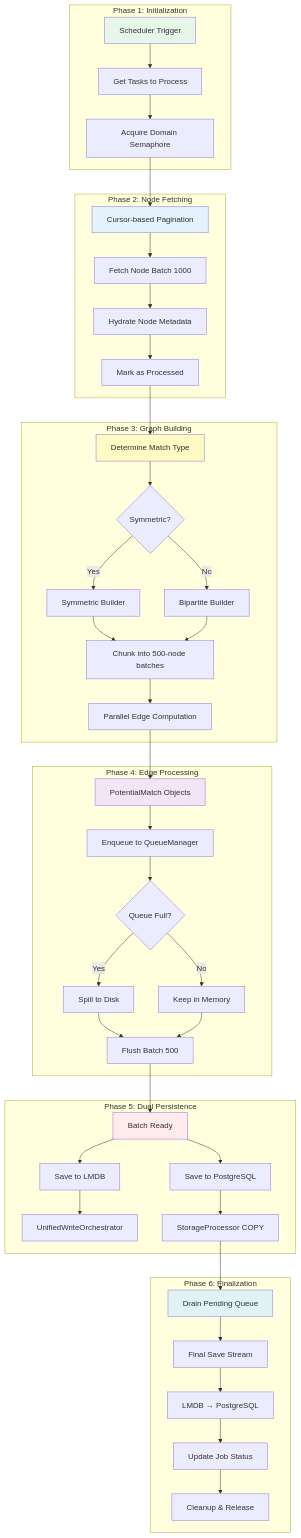
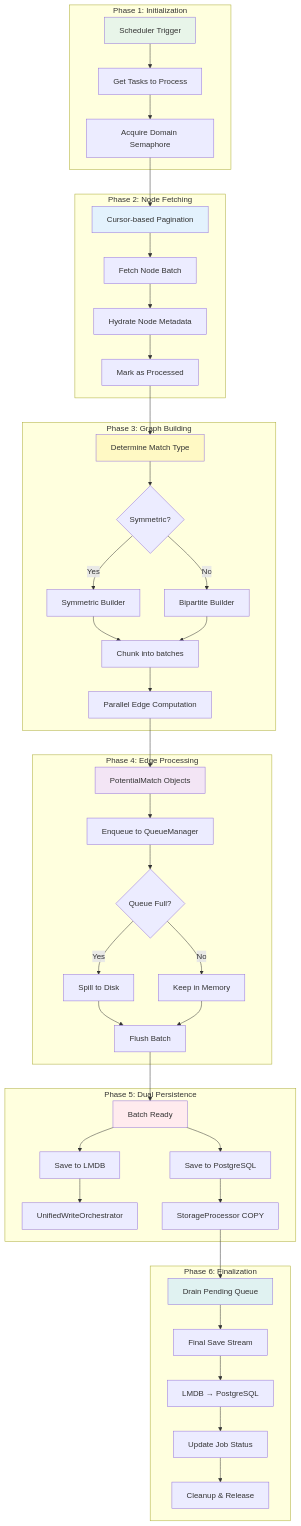
One commit to kagit00/schedule_x changed the third of 25 diagrams in docs/Low Level Designs/ScheduledPotentialMatchesCreation.md. Above: the diagram before and after it, drawn with Mermaid. The commit also changed other lines of this file and 7 other files, not shown here.

````diff
--- a/docs/Low Level Designs/ScheduledPotentialMatchesCreation.md
+++ b/docs/Low Level Designs/ScheduledPotentialMatchesCreation.md
@@ -197,58 +131,58 @@
 ```mermaid
 graph TB
     subgraph "Phase 1: Initialization"
         P1A[Scheduler Trigger] --> P1B[Get Tasks to Process]
         P1B --> P1C[Acquire Domain Semaphore]
     end
-    
+   
     subgraph "Phase 2: Node Fetching"
-        P2A[Cursor-based Pagination] --> P2B[Fetch Node Batch 1000]
+        P2A[Cursor-based Pagination] --> P2B[Fetch Node Batch]
         P2B --> P2C[Hydrate Node Metadata]
         P2C --> P2D[Mark as Processed]
     end
-    
+   
     subgraph "Phase 3: Graph Building"
         P3A[Determine Match Type] --> P3B{Symmetric?}
         P3B -->|Yes| P3C[Symmetric Builder]
         P3B -->|No| P3D[Bipartite Builder]
-        P3C --> P3E[Chunk into 500-node batches]
+        P3C --> P3E[Chunk into batches]
         P3D --> P3E
         P3E --> P3F[Parallel Edge Computation]
     end
-    
+   
     subgraph "Phase 4: Edge Processing"
         P4A[PotentialMatch Objects] --> P4B[Enqueue to QueueManager]
         P4B --> P4C{Queue Full?}
         P4C -->|Yes| P4D[Spill to Disk]
         P4C -->|No| P4E[Keep in Memory]
-        P4D --> P4F[Flush Batch 500]
+        P4D --> P4F[Flush Batch]
         P4E --> P4F
     end
-    
+   
     subgraph "Phase 5: Dual Persistence"
         P5A[Batch Ready] --> P5B[Save to LMDB]
         P5A --> P5C[Save to PostgreSQL]
         P5B --> P5D[UnifiedWriteOrchestrator]
         P5C --> P5E[StorageProcessor COPY]
     end
-    
+   
     subgraph "Phase 6: Finalization"
         P6A[Drain Pending Queue] --> P6B[Final Save Stream]
         P6B --> P6C[LMDB → PostgreSQL]
         P6C --> P6D[Update Job Status]
         P6D --> P6E[Cleanup & Release]
     end
-    
+   
     P1C --> P2A
     P2D --> P3A
     P3F --> P4A
     P4F --> P5A
     P5E --> P6A
-    
+   
     style P1A fill:#E8F5E9
     style P2A fill:#E3F2FD
     style P3A fill:#FFF9C4
     style P4A fill:#F3E5F5
     style P5A fill:#FFEBEE
     style P6A fill:#E0F2F1
 ```
````
